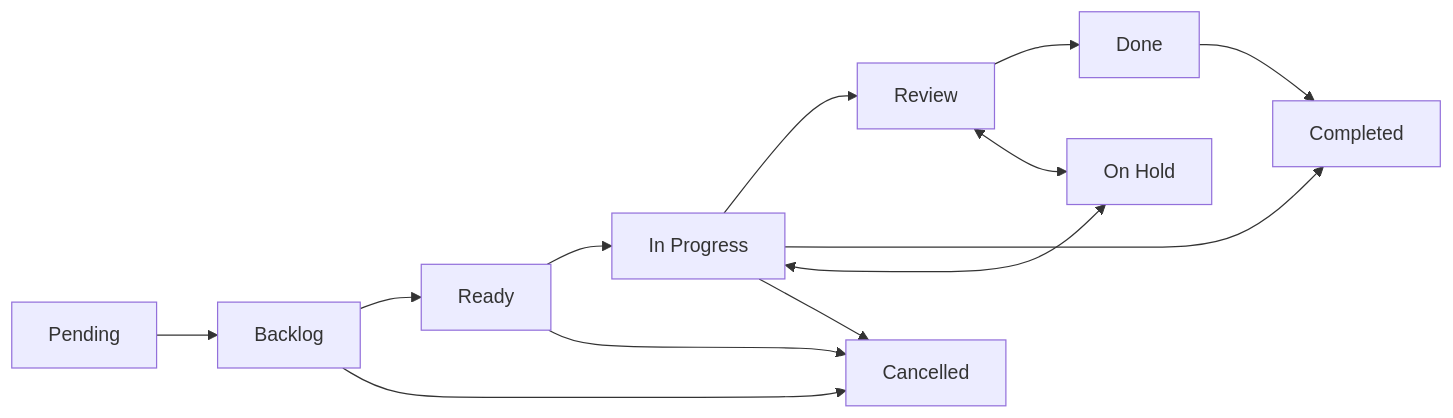
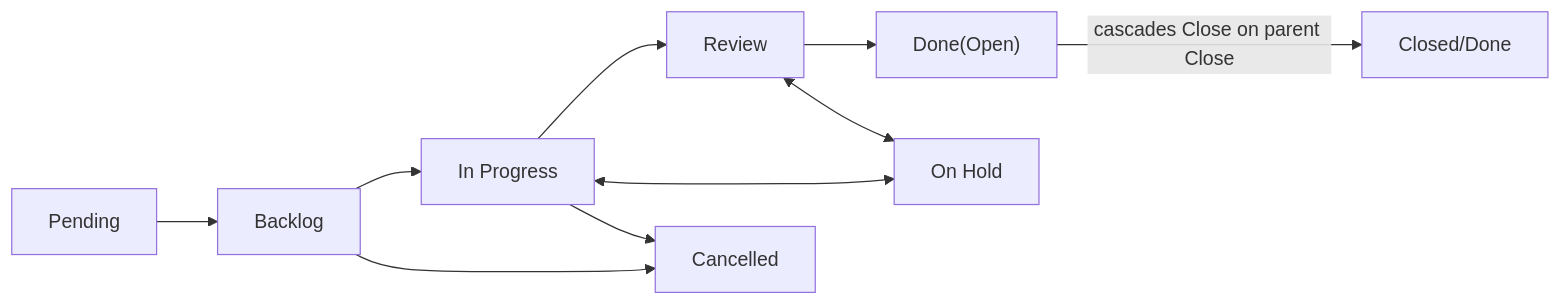
One commit to ShirokumaLibrary/shirokuma-plugins changed the diagram in shirokuma-skills-en/rules/github/project-items.md. Above: the diagram before and after it, drawn with Mermaid. The commit also changed other lines of this file and 19 other files, not shown here.

````diff
--- a/shirokuma-skills-en/rules/github/project-items.md
+++ b/shirokuma-skills-en/rules/github/project-items.md
@@ -22,12 +22,11 @@
 ```mermaid
 graph LR
-  Pending2[Pending] --> Backlog --> Ready --> InProgress[In Progress]
-  InProgress --> Review --> Done
-  InProgress --> Completed
+  Pending2[Pending] --> Backlog --> InProgress[In Progress]
+  InProgress --> Review --> DoneOpen["Done(Open)"]
   InProgress <--> OnHold[On Hold]
   Review <--> OnHold
   Backlog --> Cancelled
-  Ready --> Cancelled
   InProgress --> Cancelled
-  Done --> Completed
+  Closed[Closed/Done]
+  DoneOpen -->|cascades Close on parent Close| Closed
 ```
````
